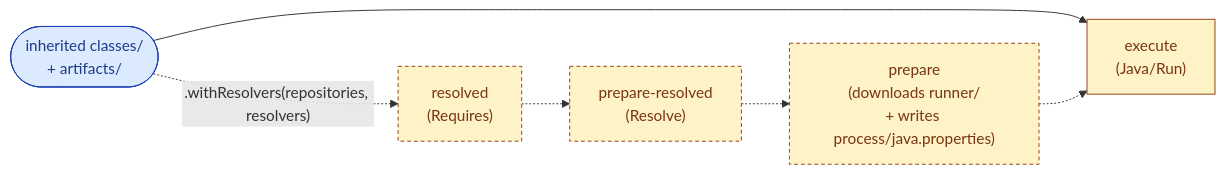
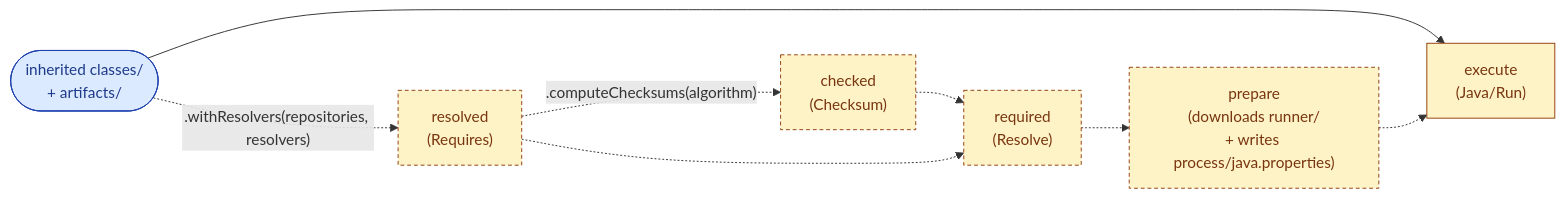
One commit to raphw/jenesis changed the second of 6 diagrams in README.md. Above: the diagram before and after it, drawn with Mermaid. The commit also changed other lines of this file and 1 other file, not shown here.

Commit message:
Small cleanup.

````diff
--- a/README.md
+++ b/README.md
@@ -277,16 +279,19 @@
 ```mermaid
 flowchart LR
   classDef input fill:#dbeafe,stroke:#1e40af,color:#1e3a8a;
   classDef step fill:#fef3c7,stroke:#92400e,color:#78350f;
   classDef optional fill:#fef3c7,stroke:#92400e,color:#78350f,stroke-dasharray:4 3;
   arts(["inherited classes/<br/>+ artifacts/"]):::input
   resolved["resolved<br/>(Requires)"]:::optional
-  preResolved["prepare-resolved<br/>(Resolve)"]:::optional
+  checked["checked<br/>(Checksum)"]:::optional
+  required["required<br/>(Resolve)"]:::optional
   prepare["prepare<br/>(downloads runner/<br/>+ writes process/java.properties)"]:::optional
   execute["execute<br/>(Java/Run)"]:::step
   arts --> execute
   arts -.->|".withResolvers(repositories, resolvers)"| resolved
-  resolved -.-> preResolved
-  preResolved -.-> prepare
+  resolved -.->|".computeChecksums(algorithm)"| checked
+  checked -.-> required
+  resolved -.-> required
+  required -.-> prepare
   prepare -.-> execute
 ```
````
